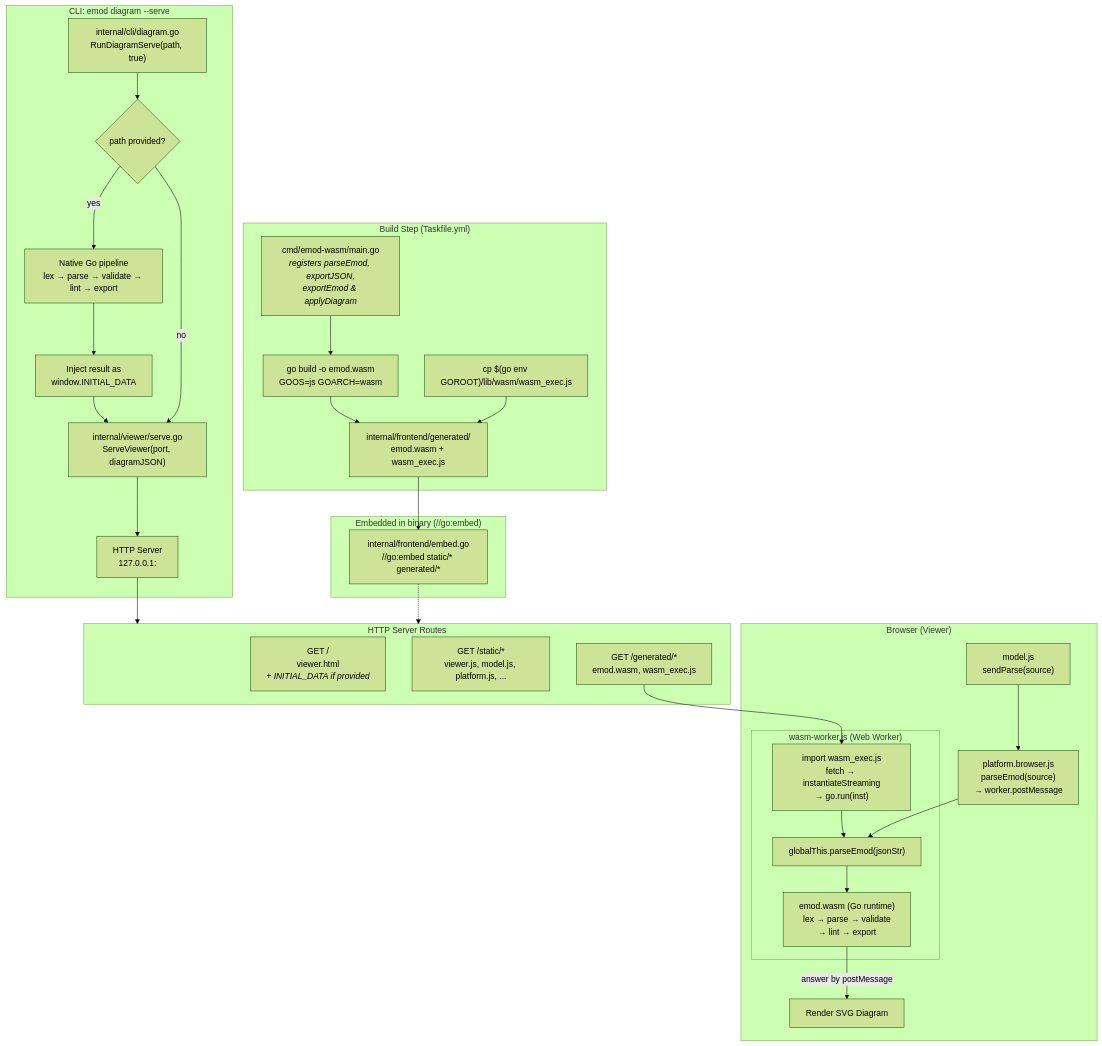
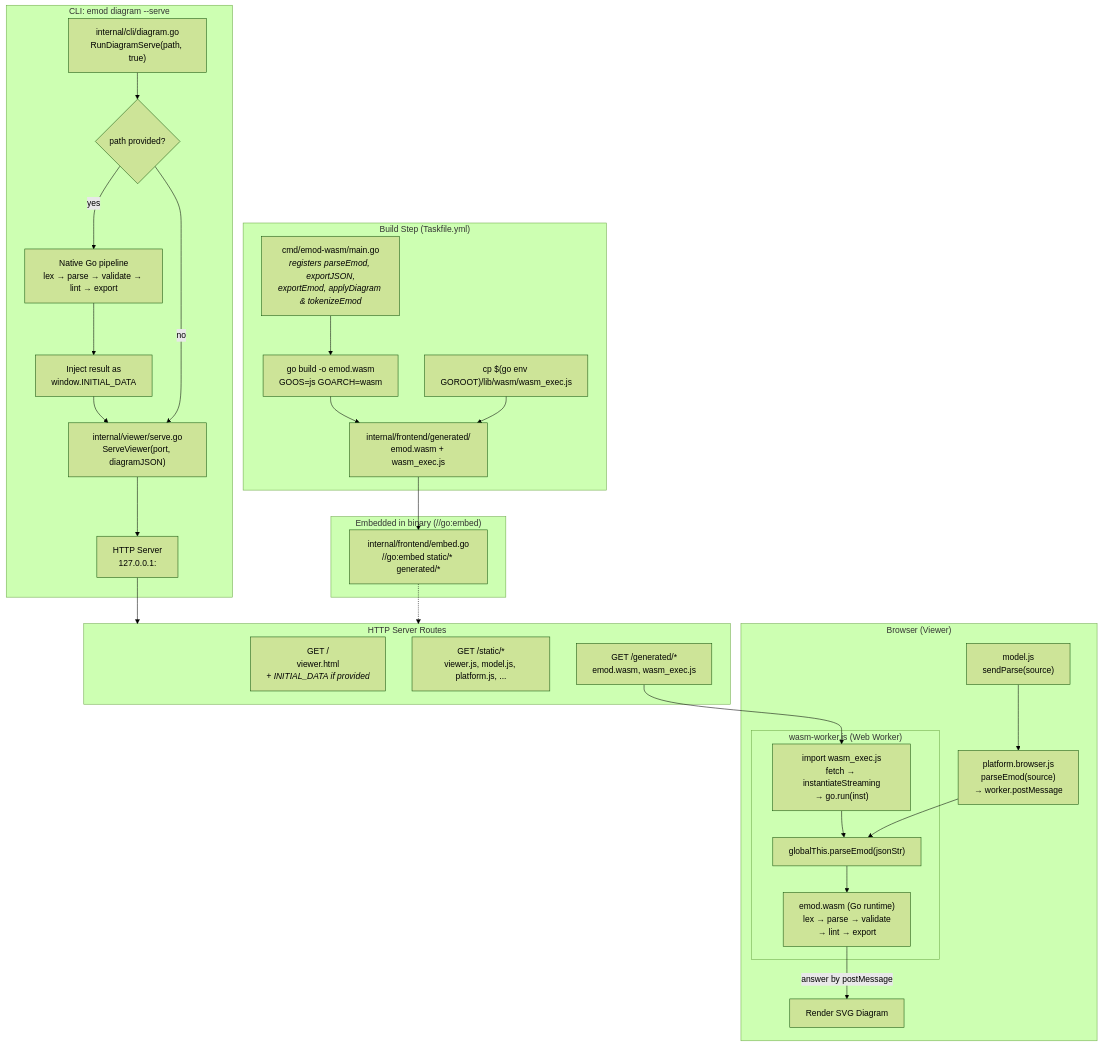
Before and after one commit to hpcsc/emod: the diagram in docs/wasm-architecture.md, drawn with Mermaid (forest theme). The commit also changed other lines of this file and 15 other files, not shown here.

````diff
--- a/docs/wasm-architecture.md
+++ b/docs/wasm-architecture.md
@@ -3,56 +3,56 @@
 ```mermaid
 flowchart TB
     subgraph Build["Build Step (Taskfile.yml)"]
-        A["cmd/emod-wasm/main.go<br/><i>registers parseEmod, exportJSON,<br/>exportEmod &amp; applyDiagram</i>"]
+        A["cmd/emod-wasm/main.go<br/><i>registers parseEmod, exportJSON,<br/>exportEmod, applyDiagram &amp; tokenizeEmod</i>"]
         B["go build -o emod.wasm<br/>GOOS=js GOARCH=wasm"]
         C["cp $(go env GOROOT)/lib/wasm/wasm_exec.js"]
         D["internal/frontend/generated/<br/>emod.wasm + wasm_exec.js"]
         A --> B --> D
         C --> D
     end
 
     subgraph CLI["CLI: emod diagram --serve"]
         E["internal/cli/diagram.go<br/>RunDiagramServe(path, true)"]
         F{"path provided?"}
         G["Native Go pipeline<br/>lex → parse → validate → lint → export"]
         H["Inject result as<br/>window.INITIAL_DATA"]
         I["internal/viewer/serve.go<br/>ServeViewer(port, diagramJSON)"]
         J["HTTP Server<br/>127.0.0.1:<port>"]
 
         E --> F
         F -- yes --> G --> H --> I
         F -- no --> I
         I --> J
     end
 
     subgraph Server["HTTP Server Routes"]
         K["GET /<br/>viewer.html<br/><i>+ INITIAL_DATA if provided</i>"]
         L["GET /static/*<br/>viewer.js, model.js, platform.js, ..."]
         M["GET /generated/*<br/>emod.wasm, wasm_exec.js"]
     end
 
     J --> Server
 
     subgraph Browser["Browser (Viewer)"]
         O["model.js<br/>sendParse(source)"]
         P["platform.browser.js<br/>parseEmod(source)<br/>→ worker.postMessage"]
         subgraph Worker["wasm-worker.js (Web Worker)"]
             N["import wasm_exec.js<br/>fetch → instantiateStreaming<br/>→ go.run(inst)"]
             Q["globalThis.parseEmod(jsonStr)"]
             R["emod.wasm (Go runtime)<br/>lex → parse → validate<br/>→ lint → export"]
         end
         S["Render SVG Diagram"]
     end
 
     M --> N
     N --> Q
     O --> P --> Q --> R
     R -- "answer by postMessage" --> S
 
     subgraph Files["Embedded in binary (//go:embed)"]
         T["internal/frontend/embed.go<br/>//go:embed static/* generated/*"]
     end
 
     D --> T
     T -.-> Server
 ```
````
